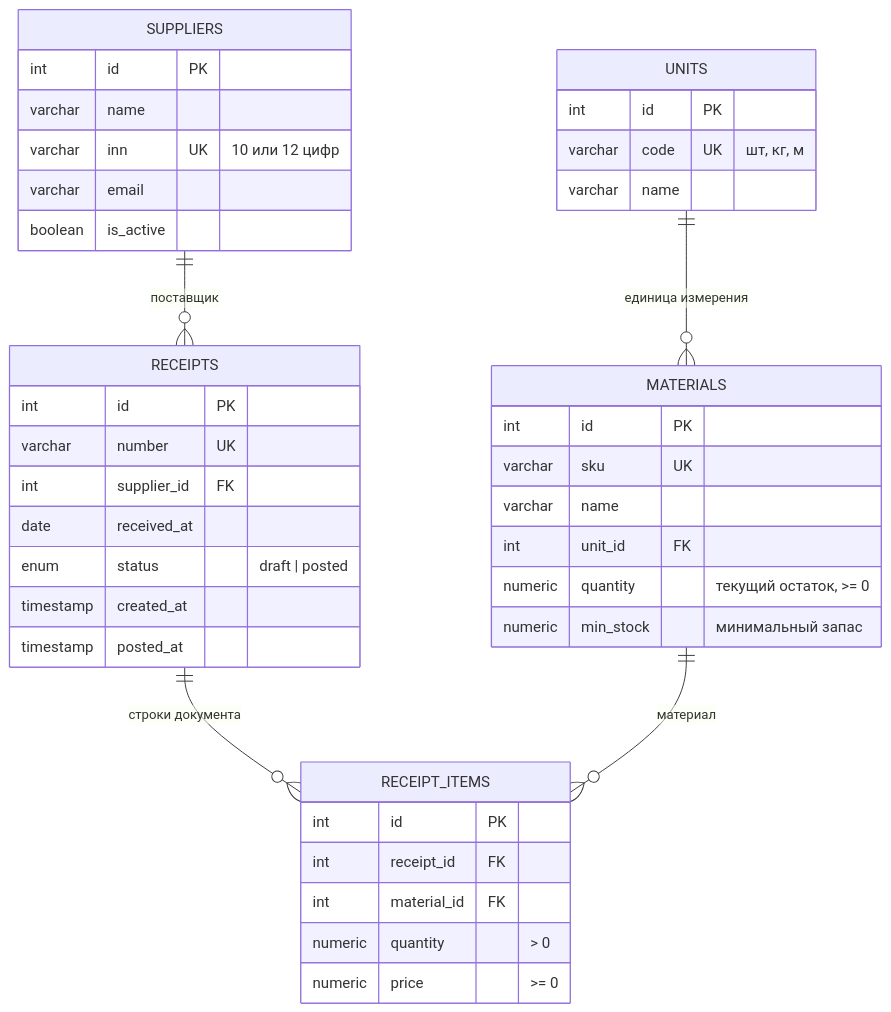
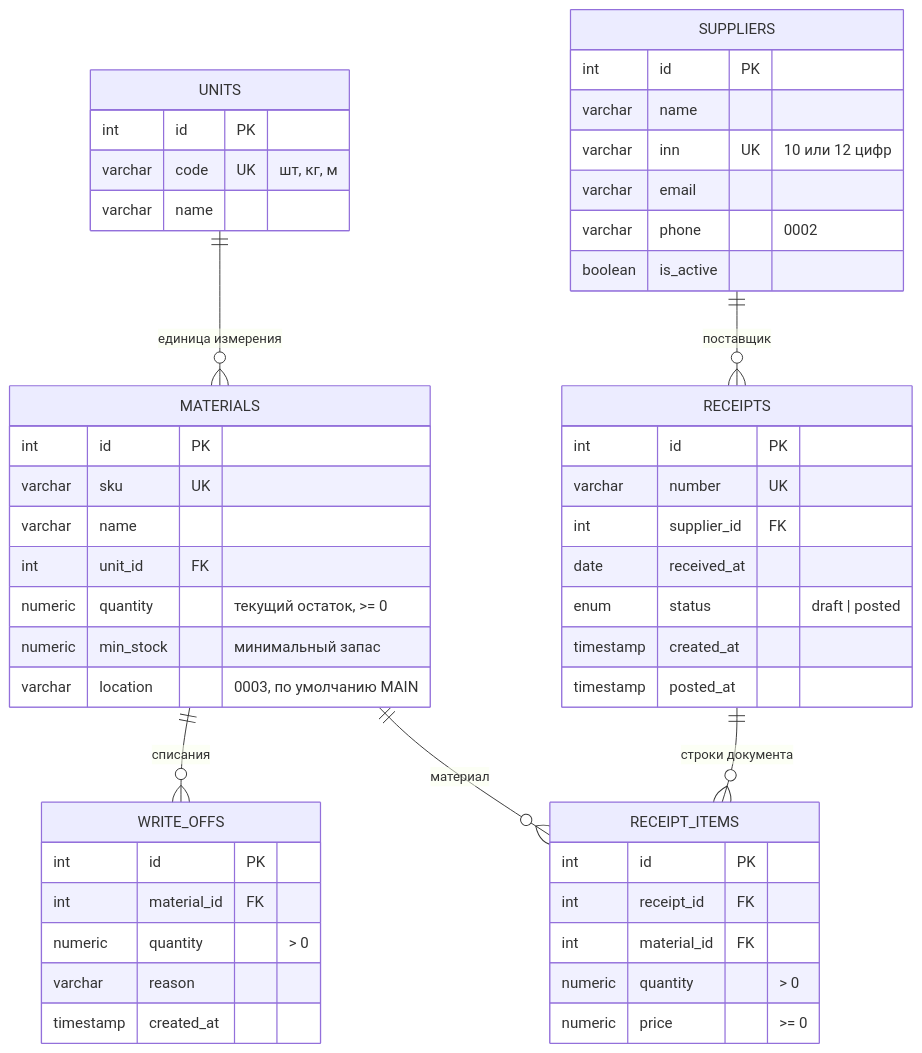
The diagram in docs/db-schema.md (Amrax232/devops-labs), drawn with Mermaid before and after one commit. The commit also changed other lines of this file and 11 other files, not shown here.

````diff
--- a/docs/db-schema.md
+++ b/docs/db-schema.md
@@ -7,44 +7,54 @@
 ```mermaid
 erDiagram
     UNITS ||--o{ MATERIALS : "единица измерения"
     SUPPLIERS ||--o{ RECEIPTS : "поставщик"
     RECEIPTS ||--o{ RECEIPT_ITEMS : "строки документа"
+    MATERIALS ||--o{ WRITE_OFFS : "списания"
     MATERIALS ||--o{ RECEIPT_ITEMS : "материал"
 
     UNITS {
         int      id PK
         varchar  code UK "шт, кг, м"
         varchar  name
     }
     SUPPLIERS {
         int      id PK
         varchar  name
         varchar  inn UK "10 или 12 цифр"
         varchar  email
+        varchar  phone "0002"
         boolean  is_active
     }
     MATERIALS {
         int      id PK
         varchar  sku UK
         varchar  name
         int      unit_id FK
         numeric  quantity "текущий остаток, >= 0"
         numeric  min_stock "минимальный запас"
+        varchar  location "0003, по умолчанию MAIN"
     }
     RECEIPTS {
         int       id PK
         varchar   number UK
         int       supplier_id FK
         date      received_at
         enum      status "draft | posted"
         timestamp created_at
         timestamp posted_at
     }
     RECEIPT_ITEMS {
         int      id PK
         int      receipt_id FK
         int      material_id FK
         numeric  quantity "> 0"
         numeric  price ">= 0"
     }
+    WRITE_OFFS {
+        int       id PK
+        int       material_id FK
+        numeric   quantity "> 0"
+        varchar   reason
+        timestamp created_at
+    }
 ```
````
